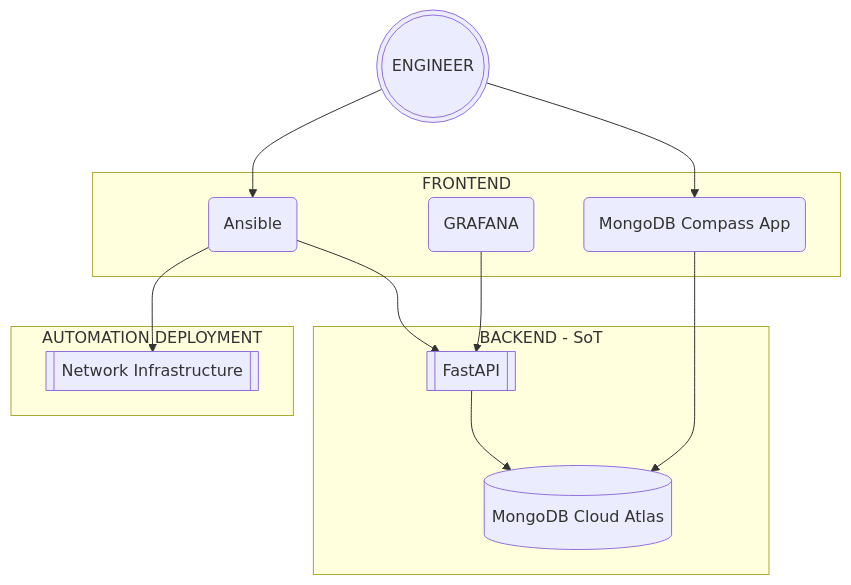
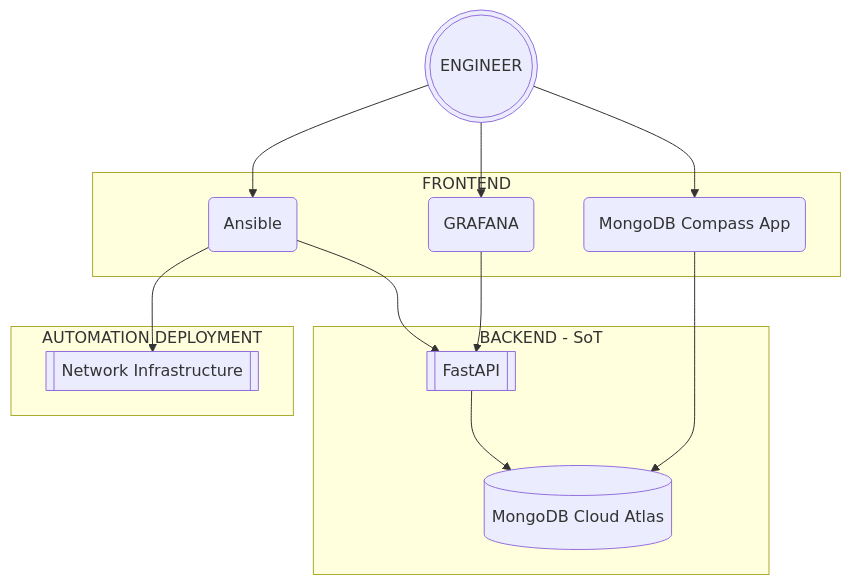
The diagram in diagrams/automation_framework.md (jnaranjom/iac_network_deployment), drawn with Mermaid before and after one commit.

````diff
--- a/diagrams/automation_framework.md
+++ b/diagrams/automation_framework.md
@@ -3,24 +3,25 @@
 ```mermaid
 flowchart TB
     A[(MongoDB Cloud Atlas)]
     B[[FastAPI]]
     C(MongoDB Compass App)
     D(Ansible)
     E[[Network Infrastructure]]
     F(((ENGINEER)))
     G(GRAFANA)
     subgraph BACKEND - SoT
         B --> A
     end
     subgraph FRONTEND
         C --> A
         D --> B
         G --> B
     end
     F --> C
     F --> D
+    F --> G
     subgraph AUTOMATION DEPLOYMENT
         D --> E
     end
 
 ```
````
